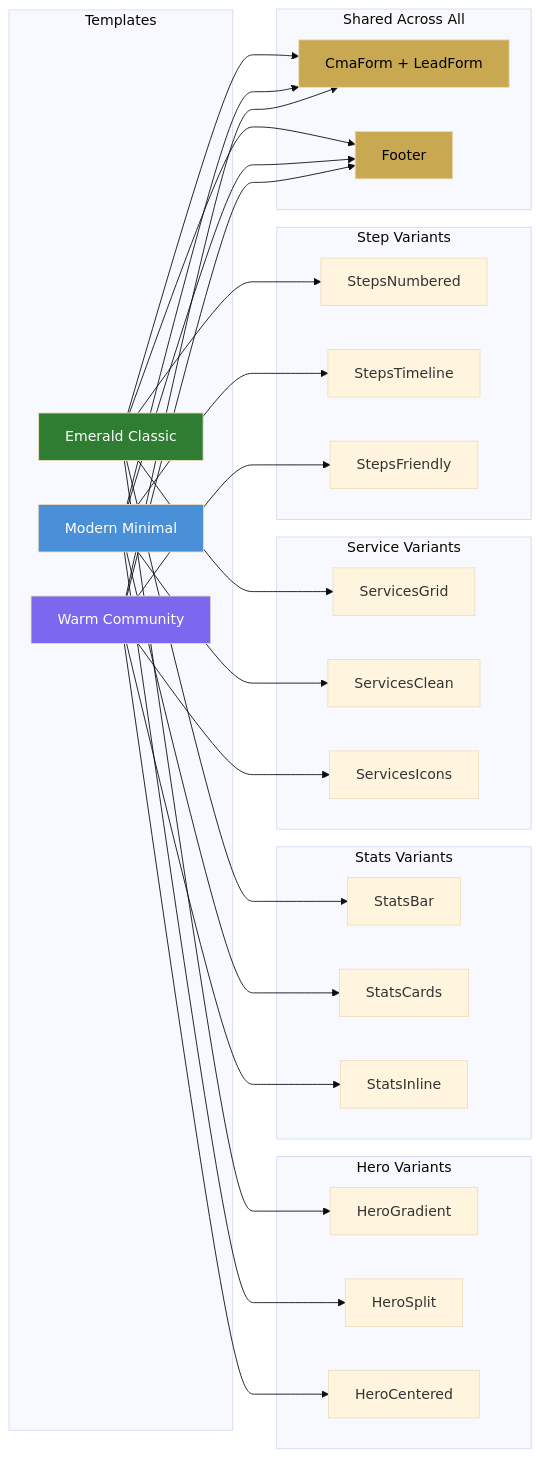
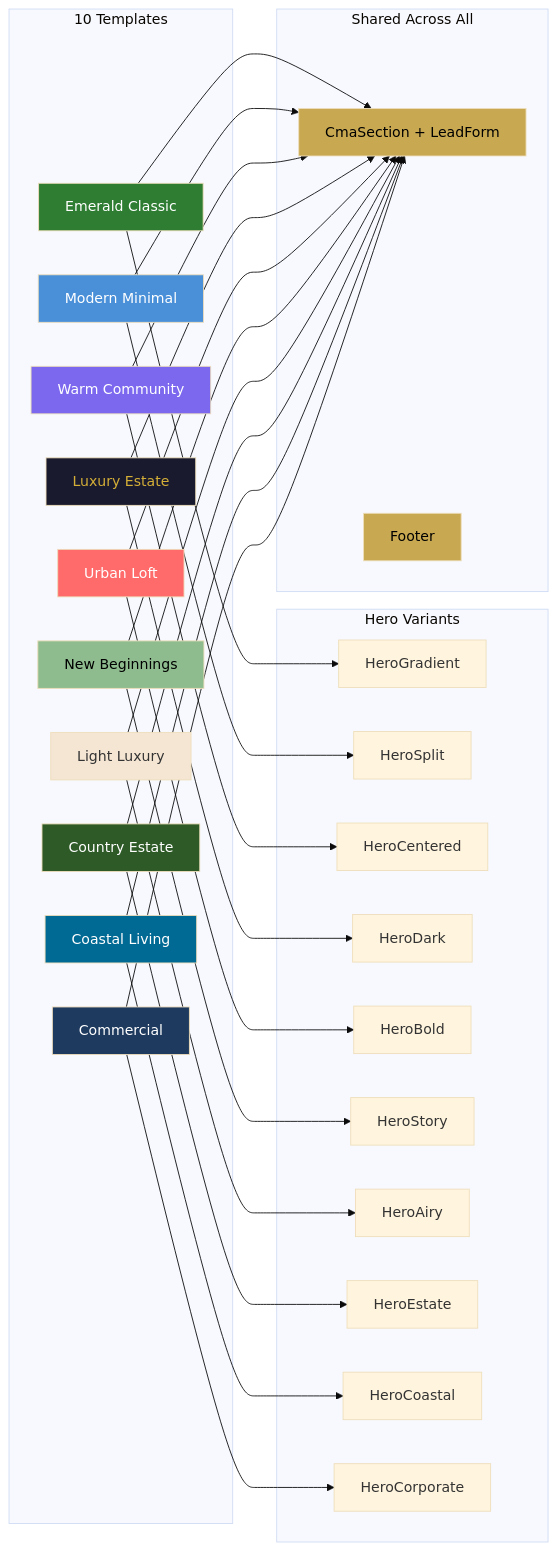
The diagram in docs/architecture/section-variant-architecture.md (edward-rosado/jenisesells-website), drawn with Mermaid (base theme) before and after one commit. The commit also changed 3 other files, not shown here.

Commit message:
docs: update architecture diagrams for 10-template system

````diff
--- a/docs/architecture/section-variant-architecture.md
+++ b/docs/architecture/section-variant-architecture.md
@@ -5,66 +5,68 @@
 ```mermaid
 flowchart LR
-    subgraph Templates ["Templates"]
+    subgraph Templates ["10 Templates"]
         EC["Emerald Classic"]
         MM["Modern Minimal"]
         WC["Warm Community"]
+        LE["Luxury Estate"]
+        UL["Urban Loft"]
+        NB["New Beginnings"]
+        LL["Light Luxury"]
+        CE["Country Estate"]
+        CL["Coastal Living"]
+        CM["Commercial"]
     end
 
     subgraph Heroes ["Hero Variants"]
         HG["HeroGradient"]
         HS["HeroSplit"]
         HC["HeroCentered"]
-    end
-
-    subgraph Stats ["Stats Variants"]
-        SB["StatsBar"]
-        SC["StatsCards"]
-        SI["StatsInline"]
-    end
-
-    subgraph Services ["Service Variants"]
-        SG["ServicesGrid"]
-        SCl["ServicesClean"]
-        SIc["ServicesIcons"]
-    end
-
-    subgraph Steps ["Step Variants"]
-        SN["StepsNumbered"]
-        ST["StepsTimeline"]
-        SF["StepsFriendly"]
+        HD["HeroDark"]
+        HB["HeroBold"]
+        HSt["HeroStory"]
+        HA["HeroAiry"]
+        HE["HeroEstate"]
+        HCo["HeroCoastal"]
+        HCp["HeroCorporate"]
     end
 
     subgraph Shared ["Shared Across All"]
-        CF["CmaForm + LeadForm"]
+        CF["CmaSection + LeadForm"]
         FT["Footer"]
     end
 
     EC --> HG
-    EC --> SB
-    EC --> SG
-    EC --> SN
-
     MM --> HS
-    MM --> SC
-    MM --> SCl
-    MM --> ST
-
     WC --> HC
-    WC --> SI
-    WC --> SIc
-    WC --> SF
+    LE --> HD
+    UL --> HB
+    NB --> HSt
+    LL --> HA
+    CE --> HE
+    CL --> HCo
+    CM --> HCp
 
     EC --> CF
     MM --> CF
     WC --> CF
-
-    EC --> FT
-    MM --> FT
-    WC --> FT
+    LE --> CF
+    UL --> CF
+    NB --> CF
+    LL --> CF
+    CE --> CF
+    CL --> CF
+    CM --> CF
 
     style EC fill:#2E7D32,color:#fff
     style MM fill:#4A90D9,color:#fff
     style WC fill:#7B68EE,color:#fff
+    style LE fill:#1a1a2e,color:#D4AF37
+    style UL fill:#FF6B6B,color:#fff
+    style NB fill:#8FBC8F,color:#000
+    style LL fill:#F5E6D3,color:#333
+    style CE fill:#2D5A27,color:#fff
+    style CL fill:#006994,color:#fff
+    style CM fill:#1E3A5F,color:#fff
     style CF fill:#C8A951,color:#000
     style FT fill:#C8A951,color:#000
 ```
````
